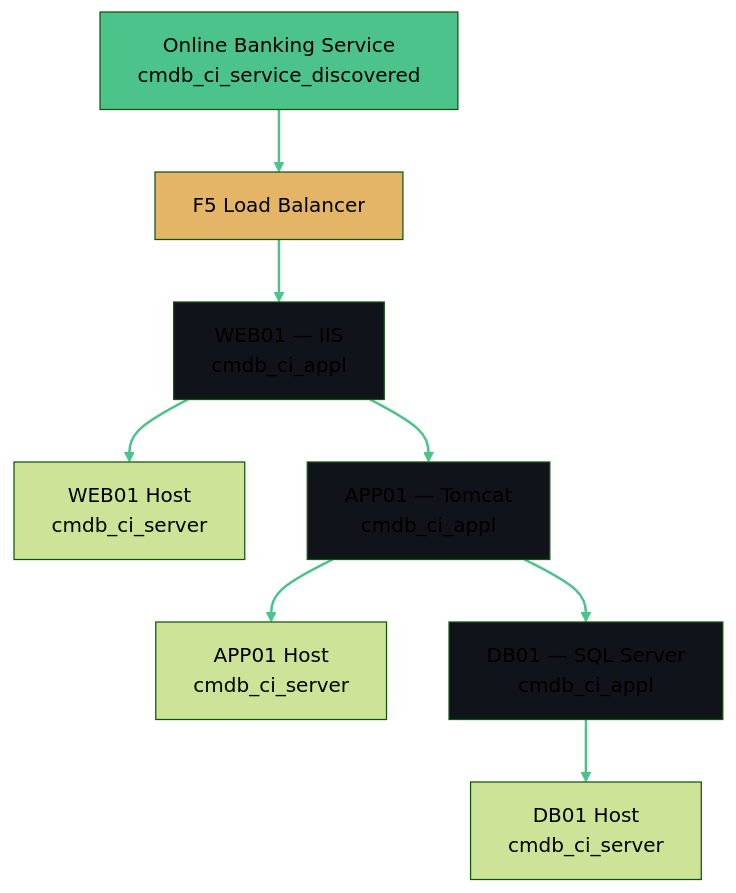
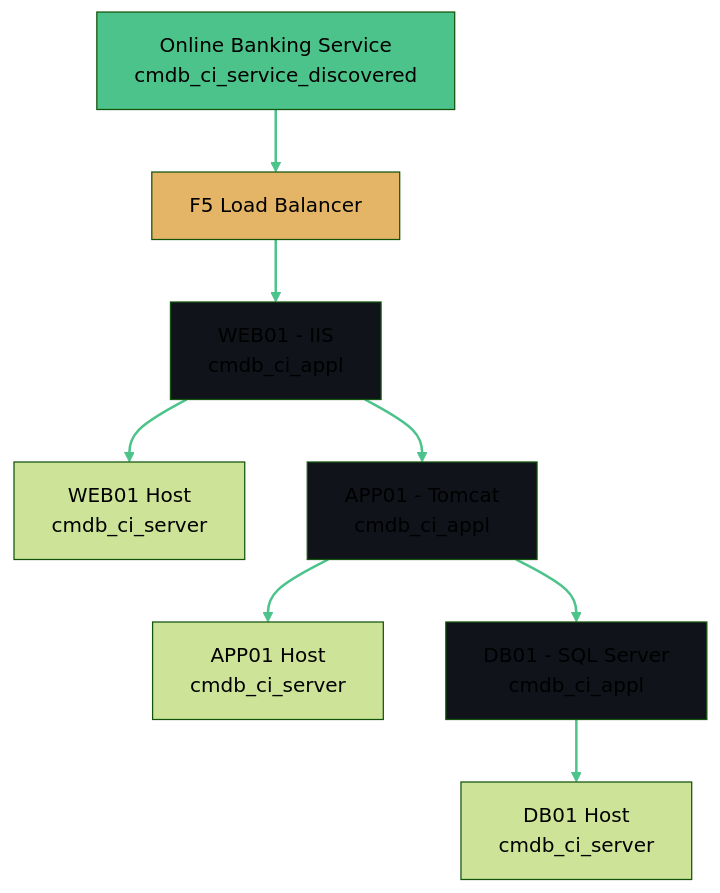
One commit to eltonaguiar/ServiceNow_Learning_TSOM-_CSM_FSM_SalesCRM_HAM_ITSM changed the fourth of 5 diagrams in docs/modules/servicemapping/servicemapping-guide.md. Above: the diagram before and after it, drawn with Mermaid (forest theme). The commit also changed other lines of this file and 3 other files, not shown here.

Commit message:
Fix Mermaid syntax errors: quoted labels with special chars in TSOM, AI, Service Mapping diagrams

````diff
--- a/docs/modules/servicemapping/servicemapping-guide.md
+++ b/docs/modules/servicemapping/servicemapping-guide.md
@@ -366,27 +366,27 @@
 ```mermaid
 graph TD
     svc[Online Banking Service<br/>cmdb_ci_service_discovered]
     f5[F5 Load Balancer]
-    web[WEB01 — IIS<br/>cmdb_ci_appl]
+    web["WEB01 - IIS<br/>cmdb_ci_appl"]
     webhost[WEB01 Host<br/>cmdb_ci_server]
-    app[APP01 — Tomcat<br/>cmdb_ci_appl]
+    app["APP01 - Tomcat<br/>cmdb_ci_appl"]
     apphost[APP01 Host<br/>cmdb_ci_server]
-    db[DB01 — SQL Server<br/>cmdb_ci_appl]
+    db["DB01 - SQL Server<br/>cmdb_ci_appl"]
     dbhost[DB01 Host<br/>cmdb_ci_server]
 
     svc --> f5
     f5 --> web
     web --> webhost
     web --> app
     app --> apphost
     app --> db
     db --> dbhost
 
     style svc fill:#4cc38a,color:#000
     style f5 fill:#e5b567,color:#000
     style web fill:#10141a
     style app fill:#10141a
     style db fill:#10141a
 
     linkStyle default stroke:#4cc38a,stroke-width:2px
 ```
````
